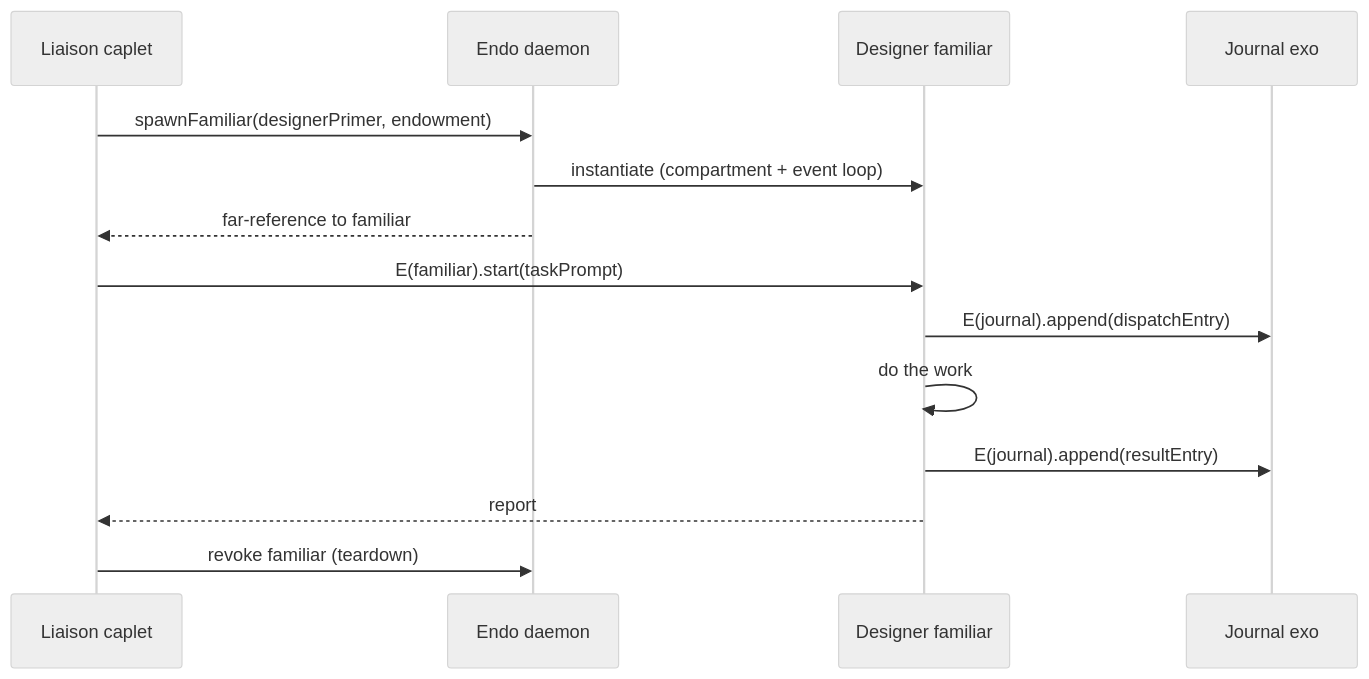
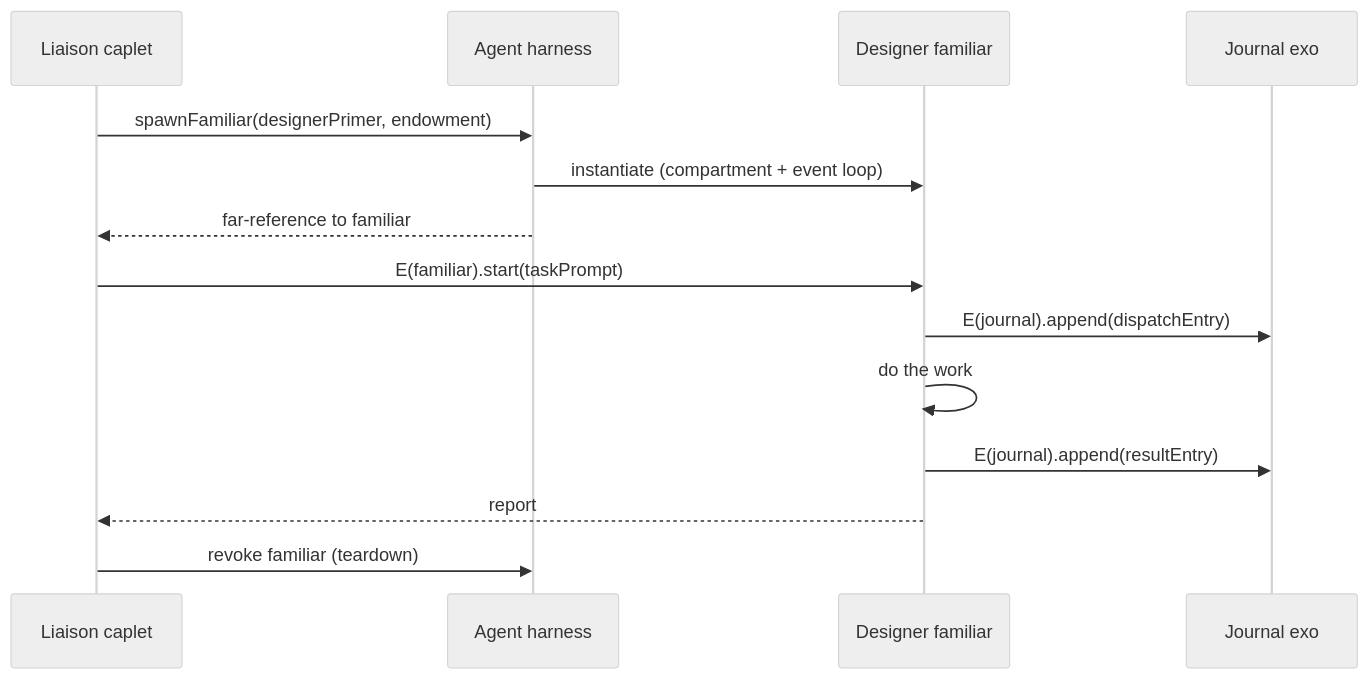
Before and after one commit to endojs/endo-but-for-bots: the second of 2 diagrams in designs/garden-as-primer-and-journal.md, drawn with Mermaid (neutral theme). The commit also changed other lines of this file and 1 other file, not shown here.

````diff
--- a/designs/garden-as-primer-and-journal.md
+++ b/designs/garden-as-primer-and-journal.md
@@ -319,17 +364,17 @@
 ```mermaid
 sequenceDiagram
   participant L as Liaison caplet
-  participant D as Endo daemon
+  participant H as Agent harness
   participant F as Designer familiar
   participant J as Journal exo
 
-  L->>D: spawnFamiliar(designerPrimer, endowment)
-  D->>F: instantiate (compartment + event loop)
-  D-->>L: far-reference to familiar
+  L->>H: spawnFamiliar(designerPrimer, endowment)
+  H->>F: instantiate (compartment + event loop)
+  H-->>L: far-reference to familiar
   L->>F: E(familiar).start(taskPrompt)
   F->>J: E(journal).append(dispatchEntry)
   F->>F: do the work
   F->>J: E(journal).append(resultEntry)
   F-->>L: report
-  L->>D: revoke familiar (teardown)
+  L->>H: revoke familiar (teardown)
 ```
````
